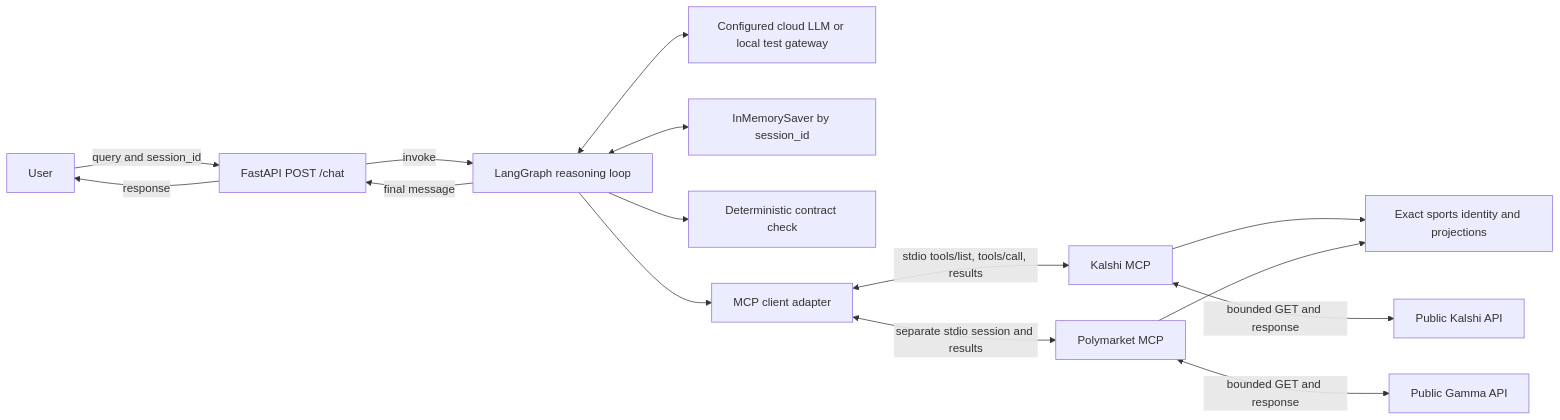
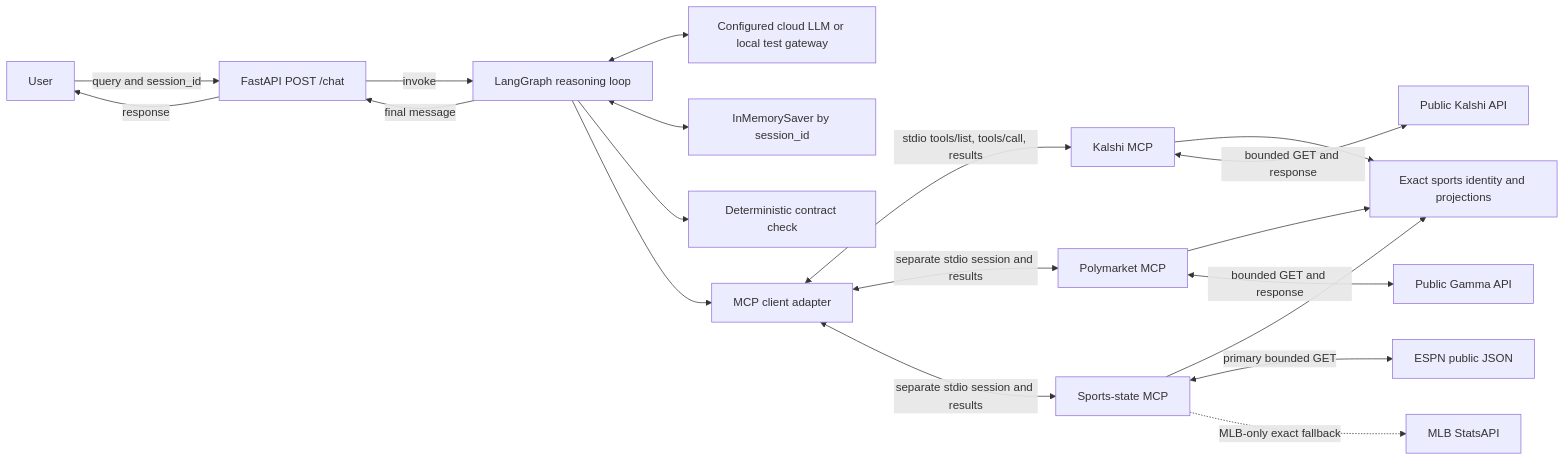
The first of 3 diagrams in README.md (waderylan/prediction-market-agent), drawn with Mermaid before and after one commit. The commit also changed other lines of this file and 20 other files, not shown here.

First line of the commit message:
Add sports game-state MCP

````diff
--- a/README.md
+++ b/README.md
@@ -207,17 +227,21 @@
 ```mermaid
 flowchart LR
     U[User] -->|query and session_id| F[FastAPI POST /chat]
     F -->|response| U
     F -->|invoke| G[LangGraph reasoning loop]
     G -->|final message| F
     G <--> L[Configured cloud LLM or local test gateway]
     G <--> M[InMemorySaver by session_id]
     G --> C[Deterministic contract check]
     G --> A[MCP client adapter]
     A <-->|stdio tools/list, tools/call, results| K[Kalshi MCP]
     A <-->|separate stdio session and results| P[Polymarket MCP]
+    A <-->|separate stdio session and results| SS[Sports-state MCP]
     K --> S[Exact sports identity and projections]
     P --> S
+    SS --> S
     K <-->|bounded GET and response| KA[Public Kalshi API]
     P <-->|bounded GET and response| PA[Public Gamma API]
+    SS <-->|primary bounded GET| ESPN[ESPN public JSON]
+    SS -.->|MLB-only exact fallback| MLB[MLB StatsAPI]
 ```
````
